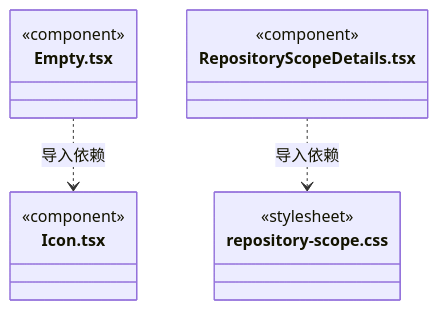
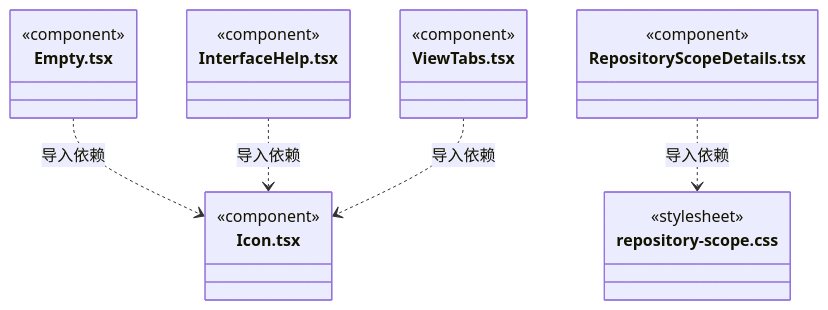
Before and after one commit to nan023062/cbim: diagram 15 of 15 in src/view/components/ARCHITECTURE.md, drawn with Mermaid. The commit also changed other lines of this file and 153 other files, not shown here.

````diff
--- a/src/view/components/ARCHITECTURE.md
+++ b/src/view/components/ARCHITECTURE.md
@@ -113,17 +193,25 @@
 ```mermaid
 classDiagram
 class N_src_view_components_Empty_tsx["Empty.tsx"] {
   <<component>>
 }
 class N_src_view_components_Icon_tsx["Icon.tsx"] {
   <<component>>
 }
+class N_src_view_components_InterfaceHelp_tsx["InterfaceHelp.tsx"] {
+  <<component>>
+}
 class N_src_view_components_RepositoryScopeDetails_tsx["RepositoryScopeDetails.tsx"] {
   <<component>>
 }
 class N_src_view_components_repository_scope_css["repository-scope.css"] {
   <<stylesheet>>
 }
+class N_src_view_components_ViewTabs_tsx["ViewTabs.tsx"] {
+  <<component>>
+}
 N_src_view_components_Empty_tsx ..> N_src_view_components_Icon_tsx : 导入依赖
+N_src_view_components_InterfaceHelp_tsx ..> N_src_view_components_Icon_tsx : 导入依赖
 N_src_view_components_RepositoryScopeDetails_tsx ..> N_src_view_components_repository_scope_css : 导入依赖
+N_src_view_components_ViewTabs_tsx ..> N_src_view_components_Icon_tsx : 导入依赖
 ```
````
